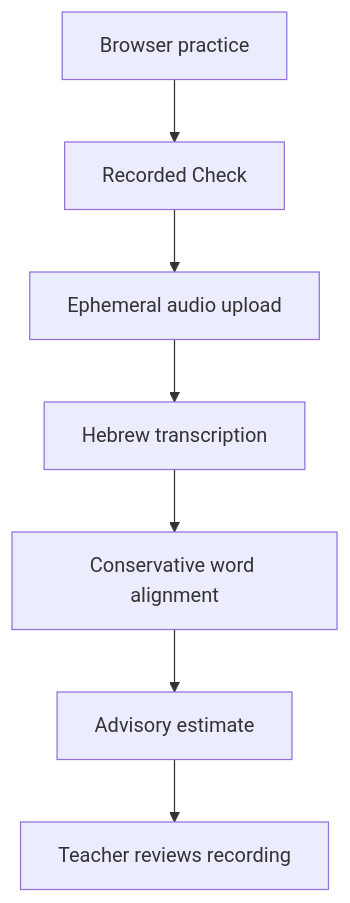
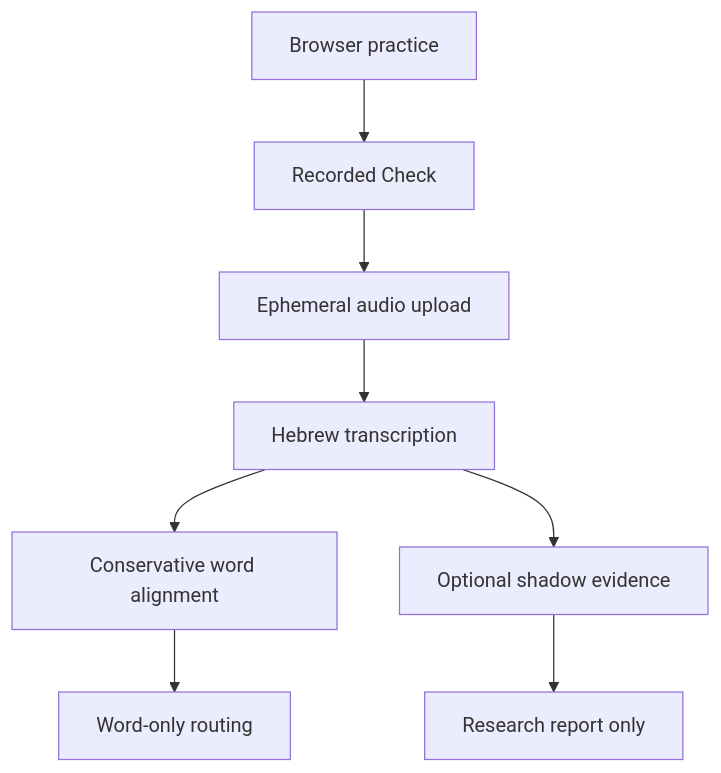
Before and after one commit to dovlevinson/shemoneh-esrei: the diagram in README.md, drawn with Mermaid. The commit also changed other lines of this file and 17 other files, not shown here.

Commit message:
Add shadow pronunciation evidence

````diff
--- a/README.md
+++ b/README.md
@@ -54,9 +59,10 @@
 ```mermaid
 flowchart TD
     A["Browser practice"] --> B["Recorded Check"]
     B --> C["Ephemeral audio upload"]
     C --> D["Hebrew transcription"]
     D --> E["Conservative word alignment"]
-    E --> F["Advisory estimate"]
-    F --> G["Teacher reviews recording"]
+    E --> F["Word-only routing"]
+    D --> G["Optional shadow evidence"]
+    G --> H["Research report only"]
 ```
````
